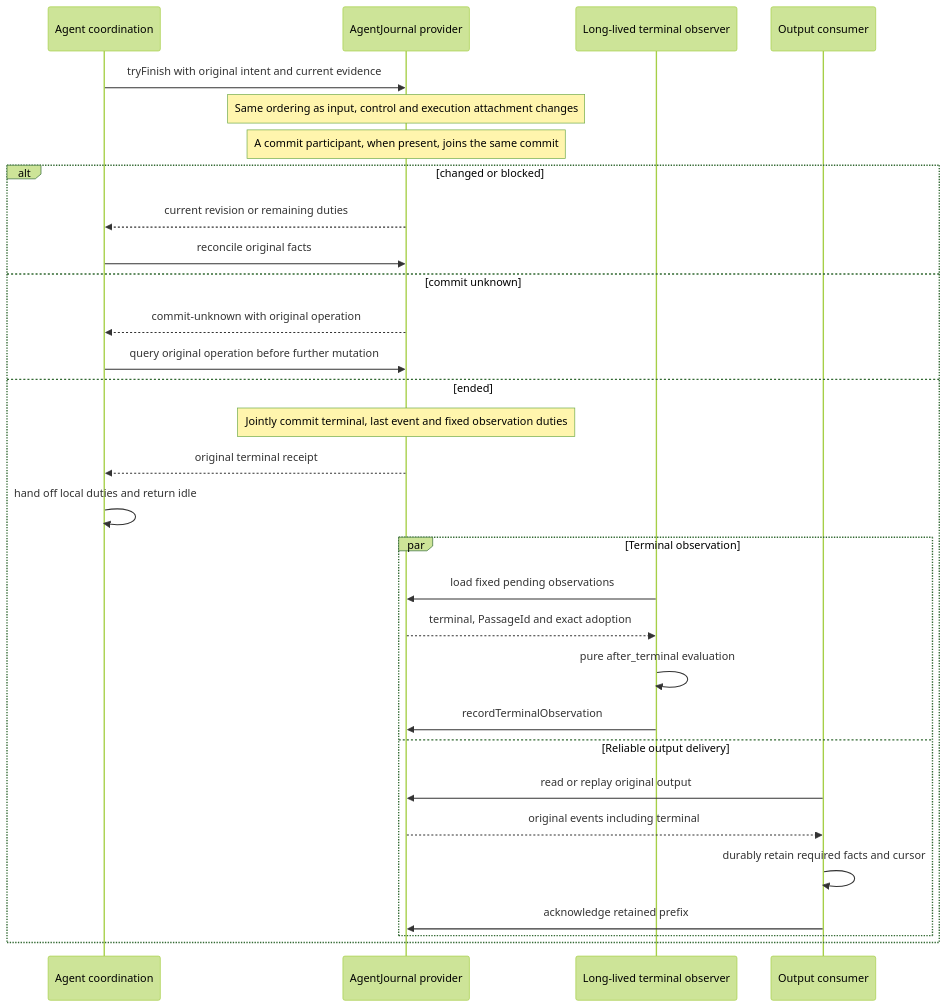
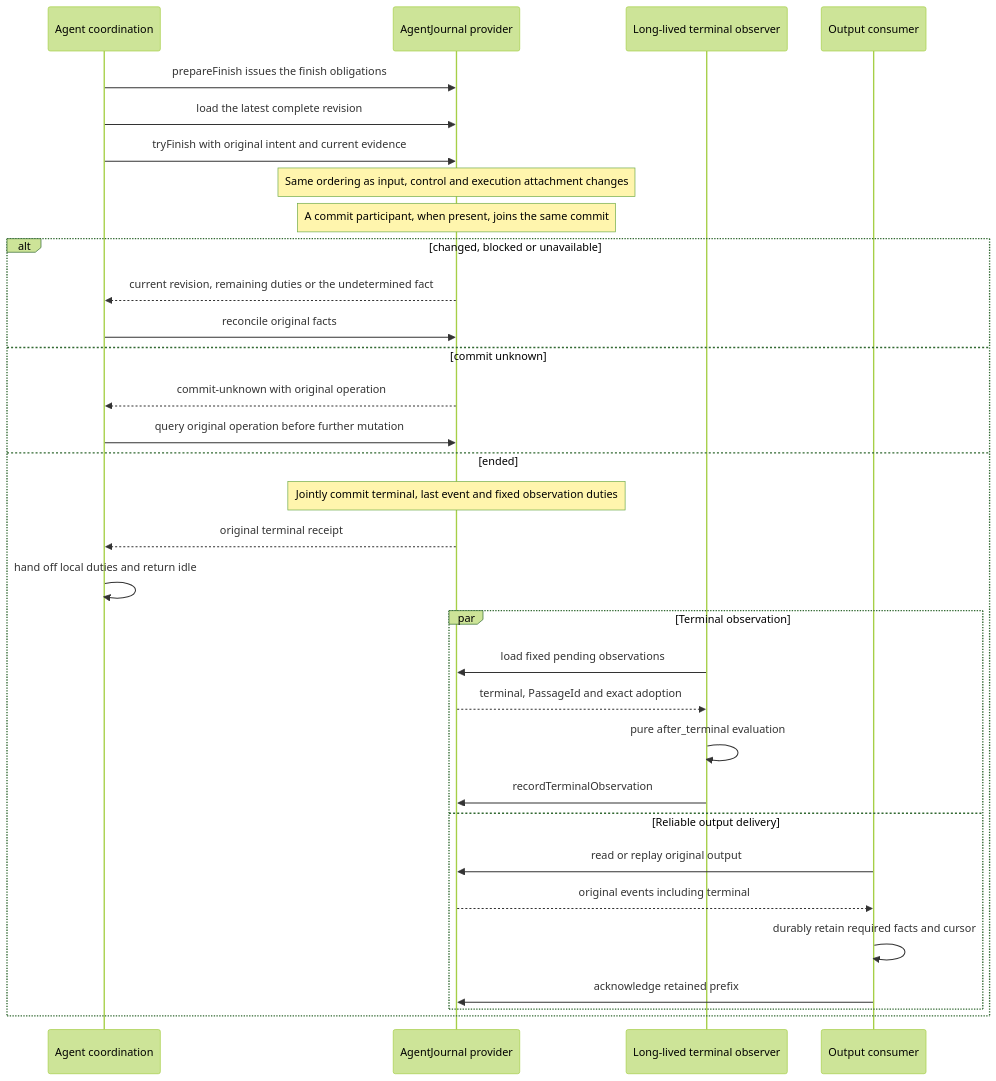
One commit to nemori-ai/omne-harness-lite changed the eighth of 8 diagrams in packages/agent/agent-contract/docs/object-model.md. Above: the diagram before and after it, drawn with Mermaid (forest theme). The commit also changed other lines of this file and 2 other files, not shown here.

Commit message:
docs(agent-contract): F-AG05 与两张终结时序图按取消路线与 F3 三步重画（#673）
为什么：PR #963 文档评审 H-1（阻断）、G-1、L-3、G-5。F-AG05 仍让取消候选进入
作者的落终态之前位置，与产品页 rev 4、架构页、SPEC「条件终结」「取消判断与路线」、
节点表 F0～F3 与 SC-AG-150 矛盾；context 与 object-model 的两张图直接调用
tryFinish，缺 prepareFinish 与 load，返回分支缺 unavailable。

改了什么：
- flows/scenarios.md F-AG05：取消分支为 F0 → F1 commitSettlement
  establish-cancellation → F2 judge-cancellation（不运行作者扩展链）→ F3；完成与
  失败候选走 F1 commit 与 F2 作者经过（继续、等待或否决回 I8 或 W0）；两条路线在
  F3 都先 prepareFinish、再 load、再 tryFinish，返回 ended、changed、blocked、
  unavailable。图下说明改为完成与失败候选可被继续、等待或否决，取消候选由受信取消
  判断只读核对，并指向 SPEC「取消判断与路线」。
- docs/context.md 与 docs/object-model.md 的终结时序图在 tryFinish 前加
  prepareFinish 与 load，返回分支补 unavailable；object-model 状态表「条件终结」行
  的 unavailable 条件改为引用 SPEC「条件终结」的结果表。

怎样验证：pnpm run check:docs、pnpm run format:check、pnpm run check:design
均退出 0。Mermaid 未做渲染验证。

Harness: claude-code
Agent-Role: developer

````diff
--- a/packages/agent/agent-contract/docs/object-model.md
+++ b/packages/agent/agent-contract/docs/object-model.md
@@ -461,32 +461,34 @@
 ```mermaid
 sequenceDiagram
   participant A as Agent coordination
   participant J as AgentJournal provider
   participant O as Long-lived terminal observer
   participant C as Output consumer
+  A->>J: prepareFinish issues the finish obligations
+  A->>J: load the latest complete revision
   A->>J: tryFinish with original intent and current evidence
   Note over J: Same ordering as input, control and execution attachment changes
   Note over J: A commit participant, when present, joins the same commit
-  alt changed or blocked
-    J-->>A: current revision or remaining duties
+  alt changed, blocked or unavailable
+    J-->>A: current revision, remaining duties or the undetermined fact
     A->>J: reconcile original facts
   else commit unknown
     J-->>A: commit-unknown with original operation
     A->>J: query original operation before further mutation
   else ended
     Note over J: Jointly commit terminal, last event and fixed observation duties
     J-->>A: original terminal receipt
     A->>A: hand off local duties and return idle
     par Terminal observation
       O->>J: load fixed pending observations
       J-->>O: terminal, PassageId and exact adoption
       O->>O: pure after_terminal evaluation
       O->>J: recordTerminalObservation
     and Reliable output delivery
       C->>J: read or replay original output
       J-->>C: original events including terminal
       C->>C: durably retain required facts and cursor
       C->>J: acknowledge retained prefix
     end
   end
 ```
````
